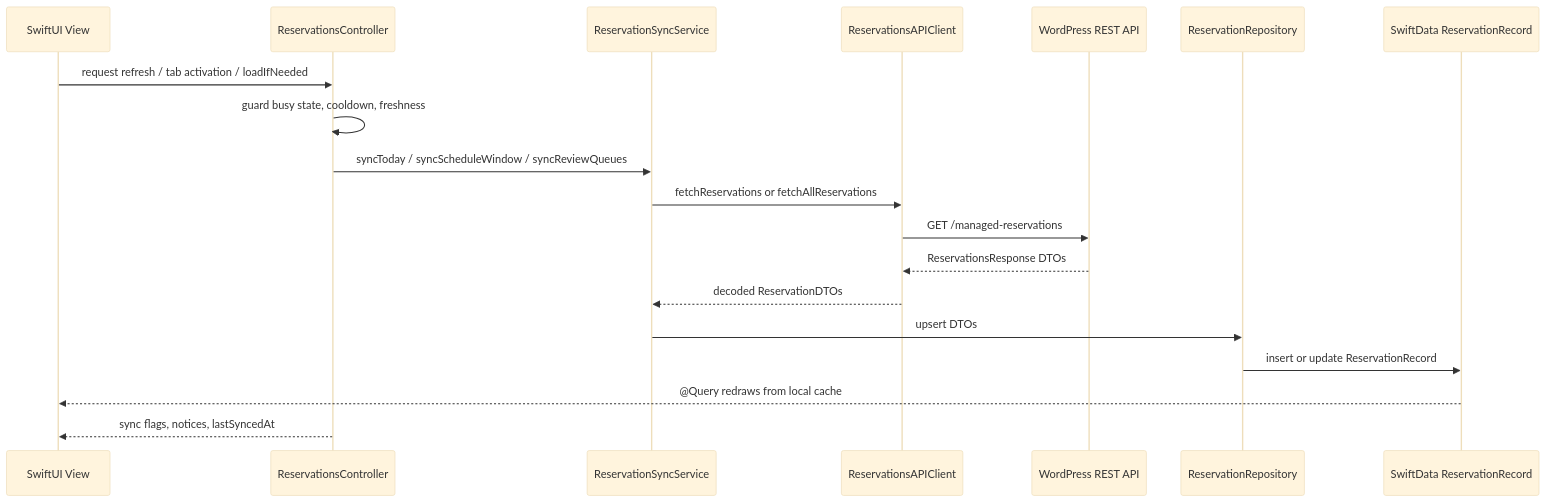
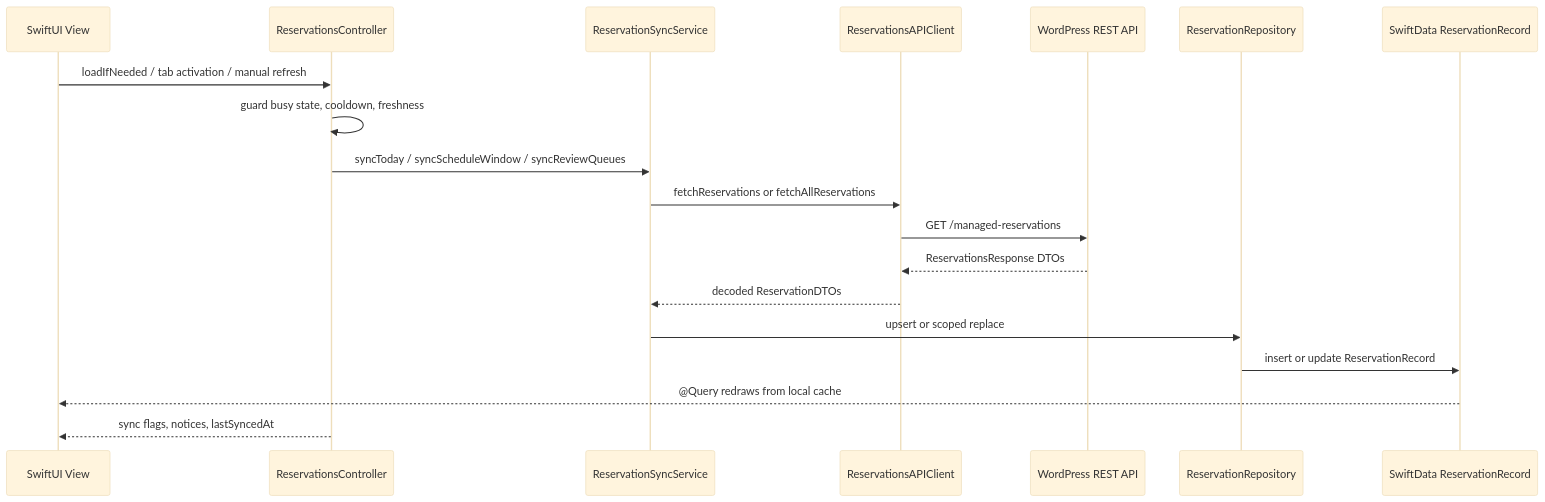
One commit to bohdan462/Reservation-iOS-App changed the third of 8 diagrams in ARCHITECTURE_DIAGRAMS.md. Above: the diagram before and after it, drawn with Mermaid (base theme). The commit also changed other lines of this file and 3 other files, not shown here.

````diff
--- a/ARCHITECTURE_DIAGRAMS.md
+++ b/ARCHITECTURE_DIAGRAMS.md
@@ -54,22 +105,22 @@
 ```mermaid
 sequenceDiagram
     participant View as SwiftUI View
     participant Controller as ReservationsController
     participant Sync as ReservationSyncService
     participant API as ReservationsAPIClient
     participant WP as WordPress REST API
     participant Repo as ReservationRepository
     participant Cache as SwiftData ReservationRecord
 
-    View->>Controller: request refresh / tab activation / loadIfNeeded
+    View->>Controller: loadIfNeeded / tab activation / manual refresh
     Controller->>Controller: guard busy state, cooldown, freshness
     Controller->>Sync: syncToday / syncScheduleWindow / syncReviewQueues
     Sync->>API: fetchReservations or fetchAllReservations
     API->>WP: GET /managed-reservations
     WP-->>API: ReservationsResponse DTOs
     API-->>Sync: decoded ReservationDTOs
-    Sync->>Repo: upsert DTOs
+    Sync->>Repo: upsert or scoped replace
     Repo->>Cache: insert or update ReservationRecord
     Cache-->>View: @Query redraws from local cache
     Controller-->>View: sync flags, notices, lastSyncedAt
 ```
````
